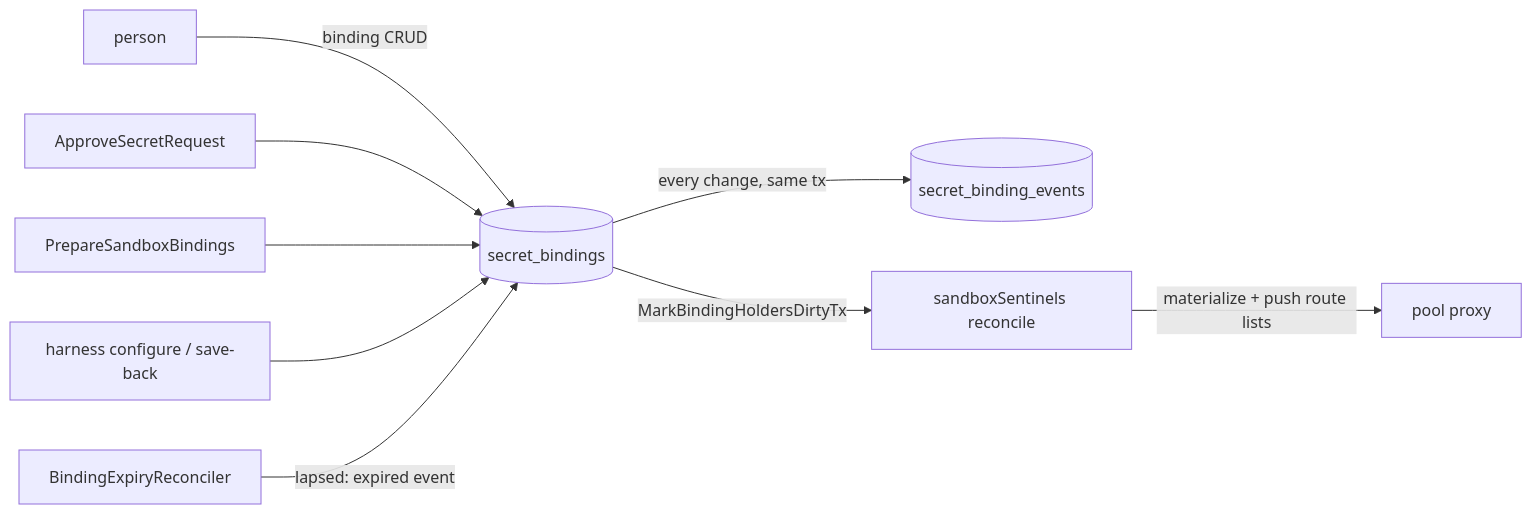
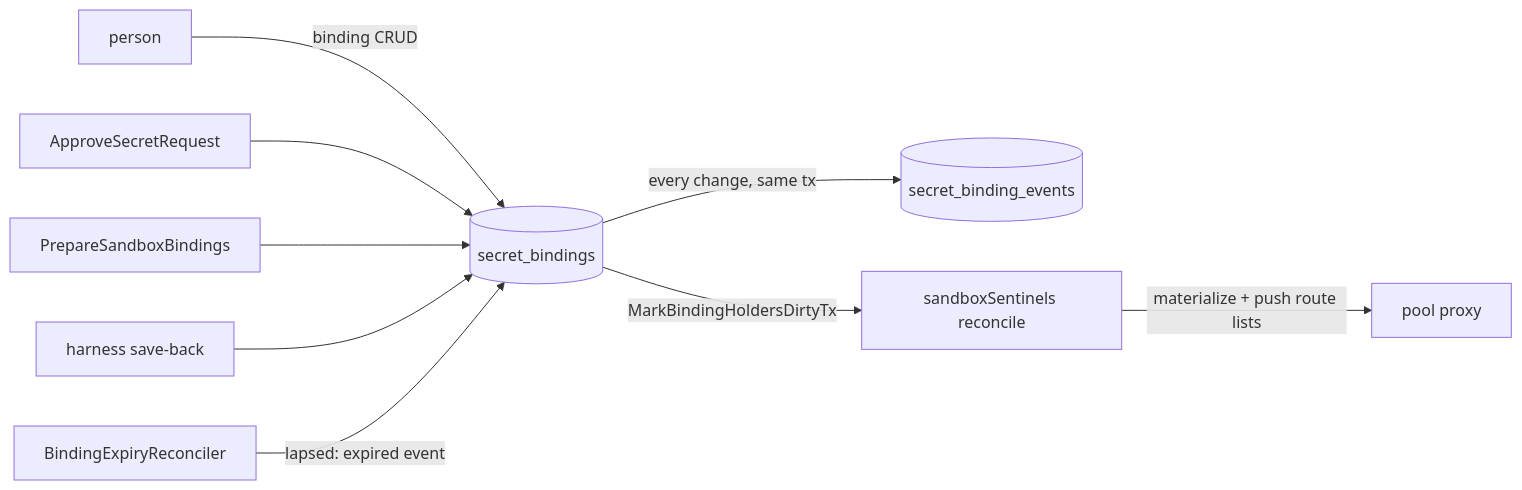
Before and after one commit to discobox-ai/discobox: the first of 2 diagrams in server/internal/resources/secrets/DESIGN.md, drawn with Mermaid. The commit also changed other lines of this file and 28 other files, not shown here.

````diff
--- a/server/internal/resources/secrets/DESIGN.md
+++ b/server/internal/resources/secrets/DESIGN.md
@@ -29,11 +29,11 @@
 ```mermaid
 flowchart LR
     person["person"] -->|"binding CRUD"| binding[(secret_bindings)]
     approve["ApproveSecretRequest"] --> binding
     create["PrepareSandboxBindings"] --> binding
-    configure["harness configure / save-back"] --> binding
+    saveback["harness save-back"] --> binding
     binding -->|"every change, same tx"| events[(secret_binding_events)]
     binding -->|"MarkBindingHoldersDirtyTx"| sentinels["sandboxSentinels reconcile"]
     sentinels -->|"materialize + push route lists"| pool["pool proxy"]
     sweep["BindingExpiryReconciler"] -->|"lapsed: expired event"| binding
 ```
````
